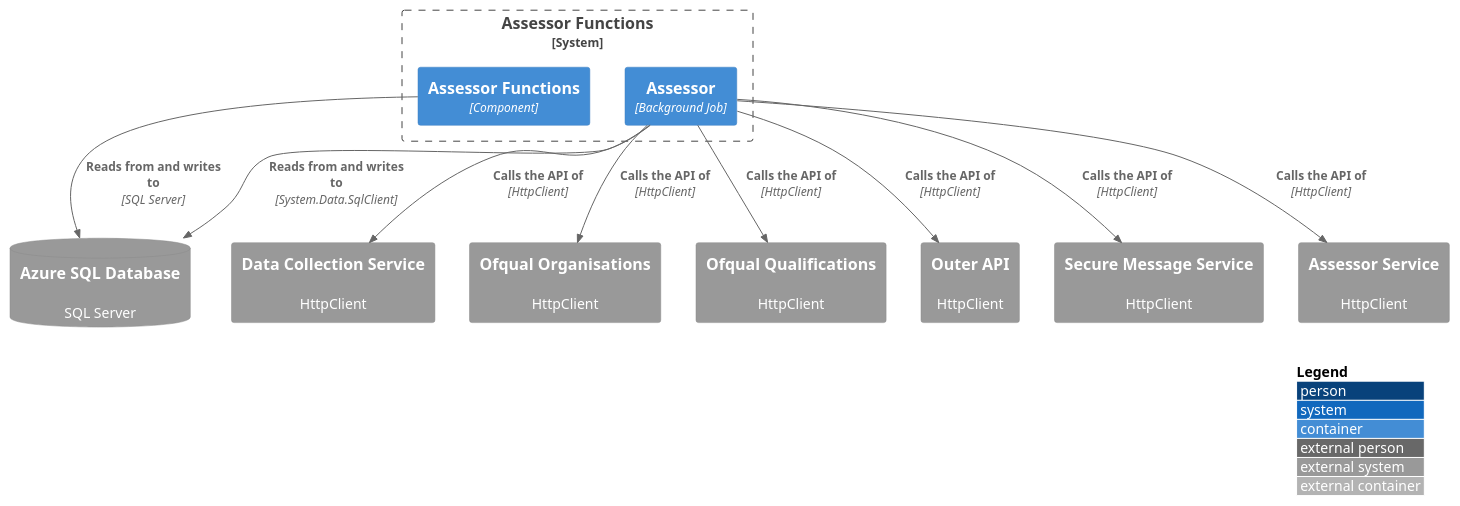
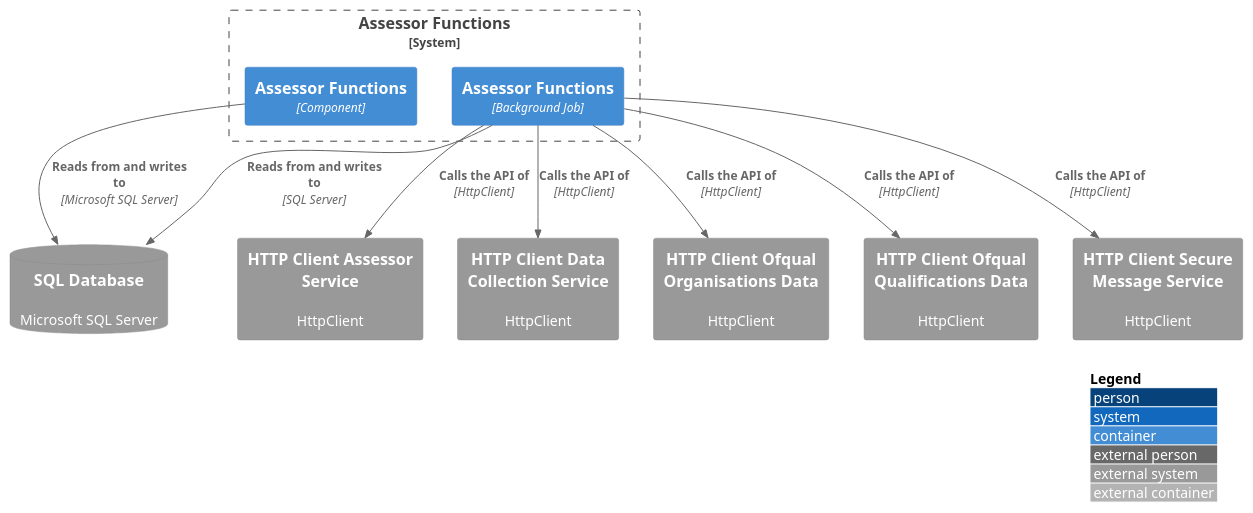
The diagram in das-assessor-functions/service-dependencies/service-dependencies.puml (talentconsulting/atlas-dfe), drawn with PlantUML before and after one commit. The commit also changed 48 other files, not shown here.

```diff
--- a/das-assessor-functions/service-dependencies/service-dependencies.puml
+++ b/das-assessor-functions/service-dependencies/service-dependencies.puml
@@ -1,27 +1,25 @@
 @startuml
 !include https://raw.githubusercontent.com/plantuml-stdlib/C4-PlantUML/master/C4_Container.puml
 LAYOUT_WITH_LEGEND()
 
 System_Boundary(sys_SkillsFundingAgency_das_assessor_functions, "Assessor Functions") {
-  Container(c_assessor, "Assessor", "Background Job")
   Container(c_assessor_functions, "Assessor Functions", "Component")
+  Container(c_assessor_functions_2, "Assessor Functions", "Background Job")
 }
 
-SystemDb_Ext(d_database_azure_sql_database, "Azure SQL Database", "SQL Server")
-System_Ext(d_http_api_assessor_service, "Assessor Service", "HttpClient")
-System_Ext(d_http_api_data_collection_service, "Data Collection Service", "HttpClient")
-System_Ext(d_http_api_ofqual_organisations, "Ofqual Organisations", "HttpClient")
-System_Ext(d_http_api_ofqual_qualifications, "Ofqual Qualifications", "HttpClient")
-System_Ext(d_http_api_outer_api, "Outer API", "HttpClient")
-System_Ext(d_http_api_secure_message_service, "Secure Message Service", "HttpClient")
+SystemDb_Ext(d_database_sql_database, "SQL Database", "Microsoft SQL Server")
+System_Ext(d_http_api_http_client_assessor_service, "HTTP Client Assessor Service", "HttpClient")
+System_Ext(d_http_api_http_client_data_collection_service, "HTTP Client Data Collection Service", "HttpClient")
+System_Ext(d_http_api_http_client_ofqual_organisations_data, "HTTP Client Ofqual Organisations Data", "HttpClient")
+System_Ext(d_http_api_http_client_ofqual_qualifications_data, "HTTP Client Ofqual Qualifications Data", "HttpClient")
+System_Ext(d_http_api_http_client_secure_message_service, "HTTP Client Secure Message Service", "HttpClient")
 
-Rel(c_assessor_functions, d_database_azure_sql_database, "Reads from and writes to", "SQL Server")
-Rel(c_assessor, d_database_azure_sql_database, "Reads from and writes to", "System.Data.SqlClient")
-Rel(c_assessor, d_http_api_assessor_service, "Calls the API of", "HttpClient")
-Rel(c_assessor, d_http_api_data_collection_service, "Calls the API of", "HttpClient")
-Rel(c_assessor, d_http_api_ofqual_organisations, "Calls the API of", "HttpClient")
-Rel(c_assessor, d_http_api_ofqual_qualifications, "Calls the API of", "HttpClient")
-Rel(c_assessor, d_http_api_outer_api, "Calls the API of", "HttpClient")
-Rel(c_assessor, d_http_api_secure_message_service, "Calls the API of", "HttpClient")
+Rel(c_assessor_functions, d_database_sql_database, "Reads from and writes to", "Microsoft SQL Server")
+Rel(c_assessor_functions_2, d_database_sql_database, "Reads from and writes to", "SQL Server")
+Rel(c_assessor_functions_2, d_http_api_http_client_assessor_service, "Calls the API of", "HttpClient")
+Rel(c_assessor_functions_2, d_http_api_http_client_data_collection_service, "Calls the API of", "HttpClient")
+Rel(c_assessor_functions_2, d_http_api_http_client_ofqual_organisations_data, "Calls the API of", "HttpClient")
+Rel(c_assessor_functions_2, d_http_api_http_client_ofqual_qualifications_data, "Calls the API of", "HttpClient")
+Rel(c_assessor_functions_2, d_http_api_http_client_secure_message_service, "Calls the API of", "HttpClient")
 
 @enduml
```
